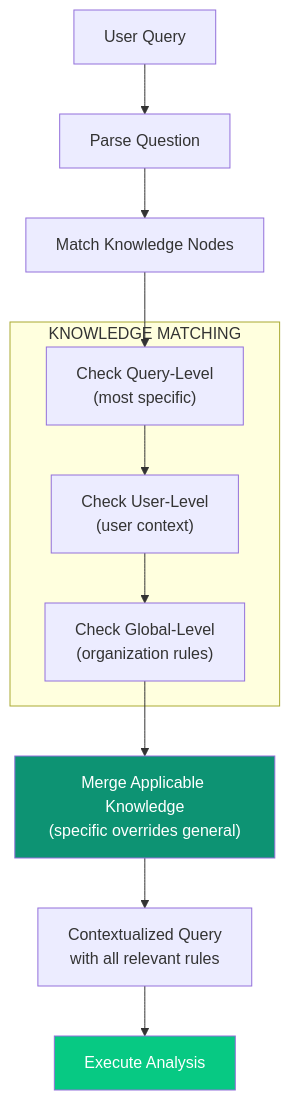
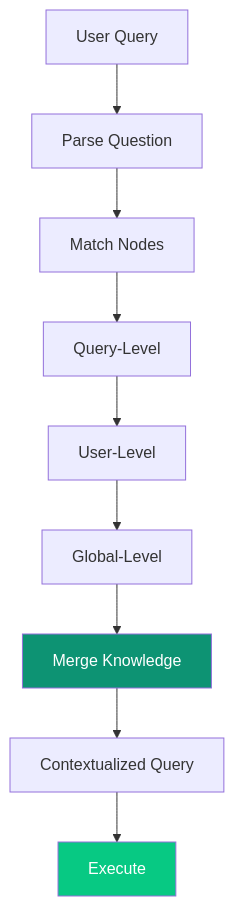
One commit to ashishsuperatom/tech-docs changed the sixth of 6 diagrams in ip/tribal-knowledge.mdx. Above: the diagram before and after it, drawn with Mermaid. The commit also changed other lines of this file and 13 other files, not shown here.

First line of the commit message:
Add Superatom AI logo and fix Mermaid diagram rendering

````diff
--- a/ip/tribal-knowledge.mdx
+++ b/ip/tribal-knowledge.mdx
@@ -260,23 +237,9 @@
 ```mermaid
 flowchart TD
-    Q["User Query"] --> PARSE["Parse Question"]
-
-    PARSE --> MATCH["Match Knowledge Nodes"]
-
-    subgraph MATCHING["KNOWLEDGE MATCHING"]
-        M1["Check Query-Level<br>(most specific)"]
-        M2["Check User-Level<br>(user context)"]
-        M3["Check Global-Level<br>(organization rules)"]
-    end
-
-    MATCH --> M1 --> M2 --> M3
-
-    M3 --> MERGE["Merge Applicable Knowledge<br>(specific overrides general)"]
-
-    MERGE --> CONTEXT["Contextualized Query<br>with all relevant rules"]
-
-    CONTEXT --> EXECUTE["Execute Analysis"]
+    Q["User Query"] --> PARSE["Parse Question"] --> MATCH["Match Nodes"]
+    MATCH --> M1["Query-Level"] --> M2["User-Level"] --> M3["Global-Level"]
+    M3 --> MERGE["Merge Knowledge"] --> CONTEXT["Contextualized Query"] --> EXECUTE["Execute"]
 
     style MERGE fill:#0D9373,color:#fff
     style EXECUTE fill:#07C983,color:#fff
 ```
````
